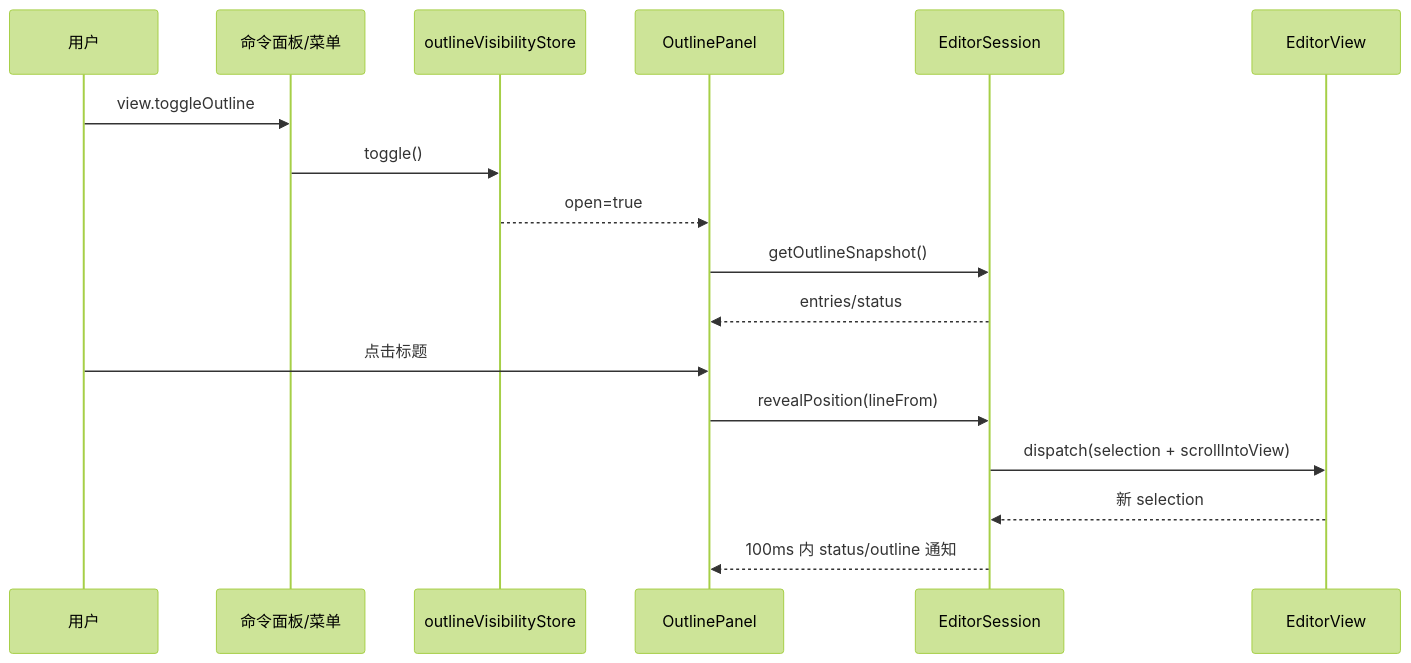
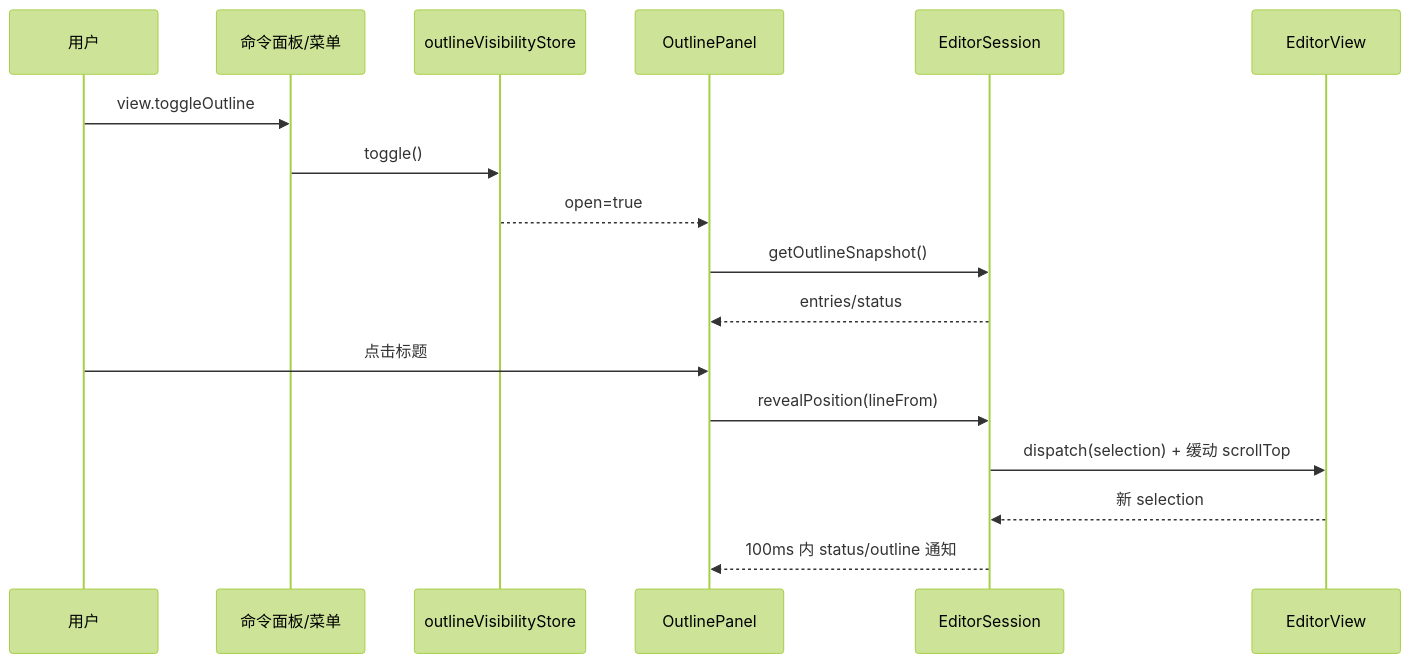
The third of 4 diagrams in docs/todo/editor-outline/04-设计方案.md (wavexzore/Qingmo), drawn with Mermaid (forest theme) before and after one commit. The commit also changed other lines of this file and 8 other files, not shown here.

````diff
--- a/docs/todo/editor-outline/04-设计方案.md
+++ b/docs/todo/editor-outline/04-设计方案.md
@@ -1089,20 +1098,20 @@
 ```mermaid
 sequenceDiagram
     participant U as 用户
     participant C as 命令面板/菜单
     participant S as outlineVisibilityStore
     participant P as OutlinePanel
     participant E as EditorSession
     participant V as EditorView
 
     U->>C: view.toggleOutline
     C->>S: toggle()
     S-->>P: open=true
     P->>E: getOutlineSnapshot()
     E-->>P: entries/status
     U->>P: 点击标题
     P->>E: revealPosition(lineFrom)
-    E->>V: dispatch(selection + scrollIntoView)
+    E->>V: dispatch(selection) + 缓动 scrollTop
     V-->>E: 新 selection
     E-->>P: 100ms 内 status/outline 通知
 ```
````
